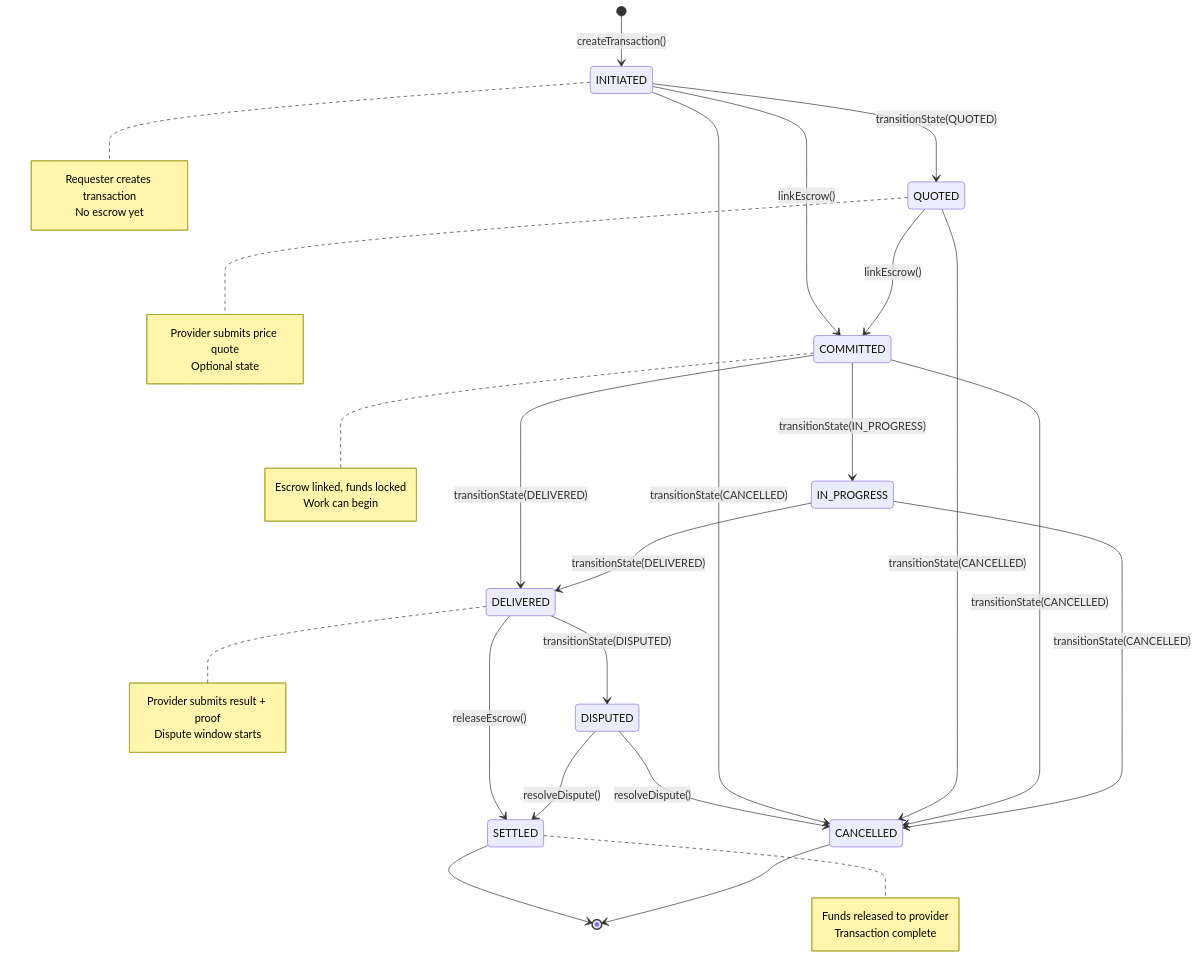
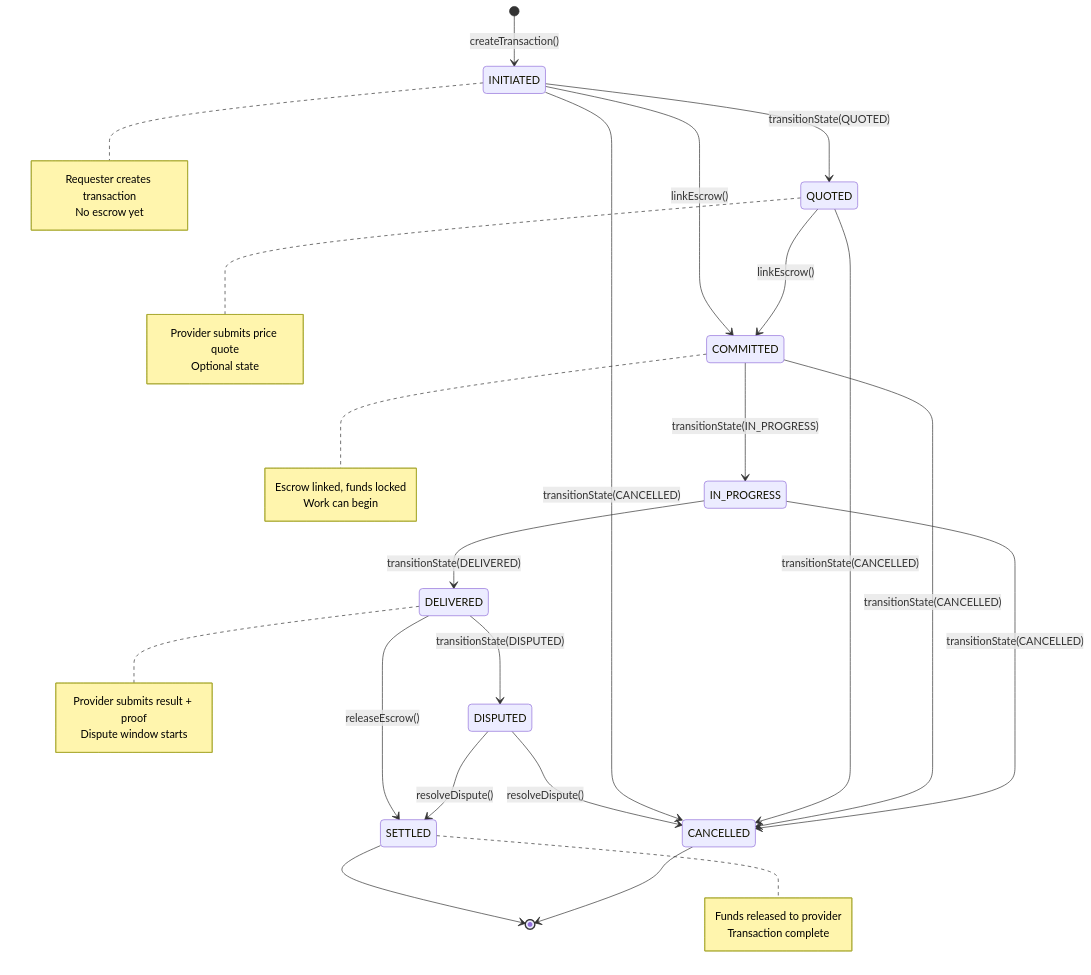
One commit to agirails/docs changed the diagram in docs/concepts/transaction-lifecycle.md. Above: the diagram before and after it, drawn with Mermaid. The commit also changed other lines of this file and 4 other files, not shown here.

````diff
--- a/docs/concepts/transaction-lifecycle.md
+++ b/docs/concepts/transaction-lifecycle.md
@@ -13,47 +13,46 @@
 ```mermaid
 stateDiagram-v2
     [*] --> INITIATED: createTransaction()
     INITIATED --> QUOTED: transitionState(QUOTED)
     INITIATED --> COMMITTED: linkEscrow()
     QUOTED --> COMMITTED: linkEscrow()
     COMMITTED --> IN_PROGRESS: transitionState(IN_PROGRESS)
-    COMMITTED --> DELIVERED: transitionState(DELIVERED)
     IN_PROGRESS --> DELIVERED: transitionState(DELIVERED)
     DELIVERED --> SETTLED: releaseEscrow()
     DELIVERED --> DISPUTED: transitionState(DISPUTED)
     DISPUTED --> SETTLED: resolveDispute()
     DISPUTED --> CANCELLED: resolveDispute()
 
     INITIATED --> CANCELLED: transitionState(CANCELLED)
     QUOTED --> CANCELLED: transitionState(CANCELLED)
     COMMITTED --> CANCELLED: transitionState(CANCELLED)
     IN_PROGRESS --> CANCELLED: transitionState(CANCELLED)
 
     SETTLED --> [*]
     CANCELLED --> [*]
 
     note right of INITIATED
         Requester creates transaction
         No escrow yet
     end note
 
     note right of QUOTED
         Provider submits price quote
         Optional state
     end note
 
     note right of COMMITTED
         Escrow linked, funds locked
         Work can begin
     end note
 
     note right of DELIVERED
         Provider submits result + proof
         Dispute window starts
     end note
 
     note right of SETTLED
         Funds released to provider
         Transaction complete
     end note
 ```
````
